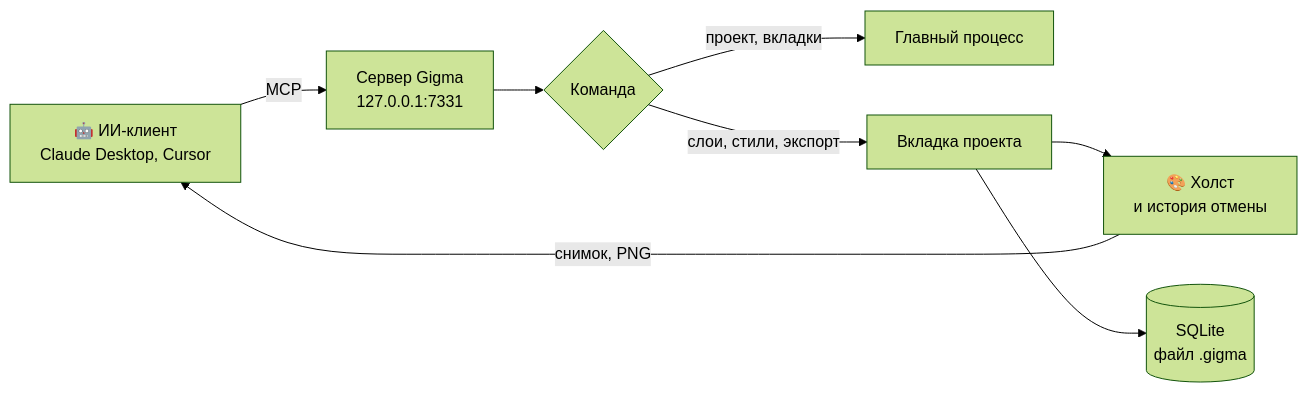
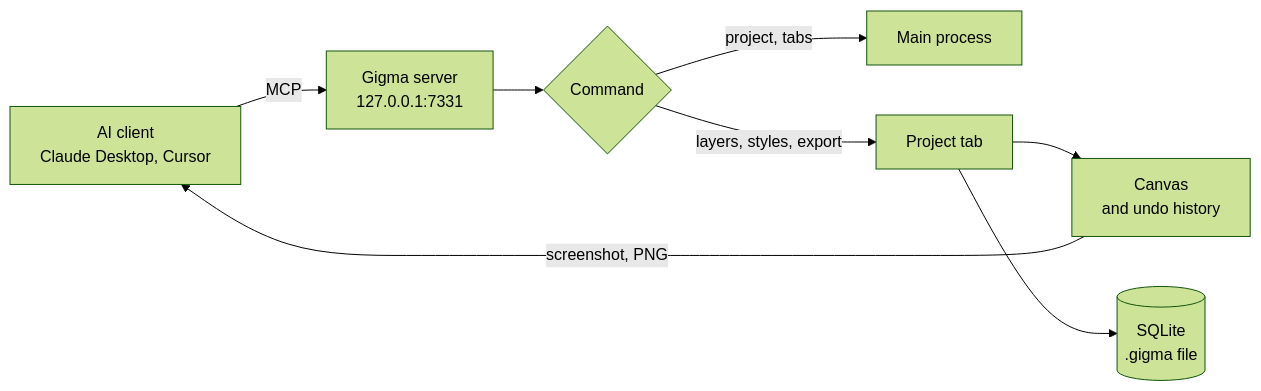
Before and after one commit to A01L/gigma: the first of 4 diagrams in README.md, drawn with Mermaid (forest theme). The commit also changed other lines of this file, not shown here.

````diff
--- a/README.md
+++ b/README.md
@@ -156,10 +158,10 @@
 ```mermaid
 flowchart LR
-    A["🤖 ИИ-клиент<br/>Claude Desktop, Cursor"] -->|MCP| B["Сервер Gigma<br/>127.0.0.1:7331"]
-    B --> C{"Команда"}
-    C -->|проект, вкладки| D["Главный процесс"]
-    C -->|слои, стили, экспорт| E["Вкладка проекта"]
-    E --> F["🎨 Холст<br/>и история отмены"]
-    E --> G[("SQLite<br/>файл .gigma")]
-    F -->|снимок, PNG| A
+    A["AI client<br/>Claude Desktop, Cursor"] -->|MCP| B["Gigma server<br/>127.0.0.1:7331"]
+    B --> C{"Command"}
+    C -->|project, tabs| D["Main process"]
+    C -->|layers, styles, export| E["Project tab"]
+    E --> F["Canvas<br/>and undo history"]
+    E --> G[("SQLite<br/>.gigma file")]
+    F -->|screenshot, PNG| A
 ```
````
